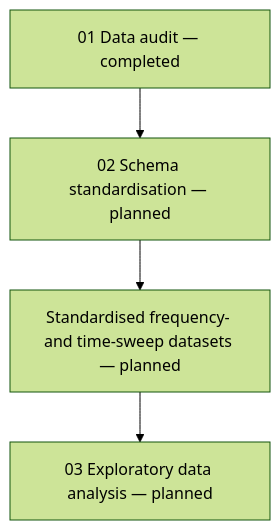
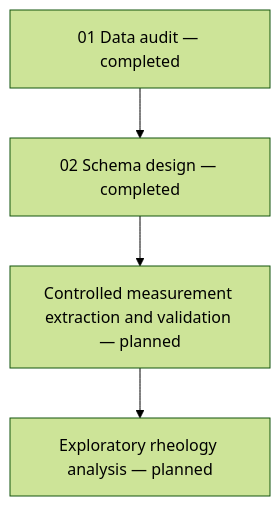
The diagram in README.md (tehsongxuan/collagen-hydrogel-rheology-data-curation), drawn with Mermaid (forest theme) before and after one commit. The commit also changed other lines of this file, not shown here.

````diff
--- a/README.md
+++ b/README.md
@@ -25,6 +36,6 @@
 ```mermaid
 flowchart TD
-    A["01 Data audit — completed"] --> B["02 Schema standardisation — planned"]
-    B --> C["Standardised frequency- and time-sweep datasets — planned"]
-    C --> D["03 Exploratory data analysis — planned"]
+    A["01 Data audit — completed"] --> B["02 Schema design — completed"]
+    B --> C["Controlled measurement extraction and validation — planned"]
+    C --> D["Exploratory rheology analysis — planned"]
 ```
````
